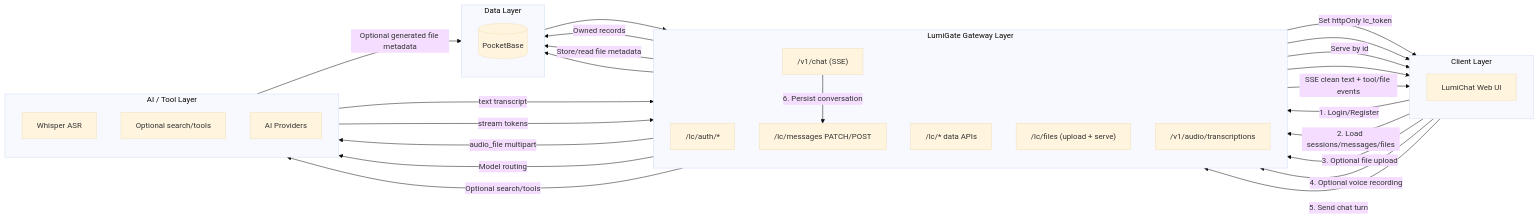
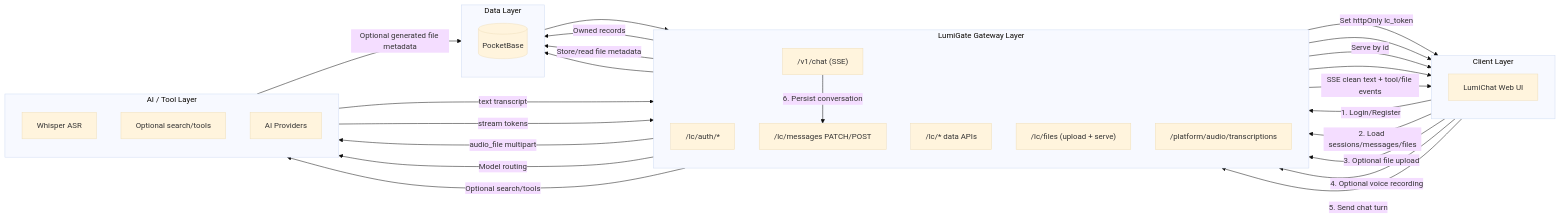
One commit to richardhxwang/lumigate changed the first of 2 diagrams in README.md. Above: the diagram before and after it, drawn with Mermaid (base theme). The commit also changed other lines of this file and 171 other files, not shown here.

````diff
--- a/README.md
+++ b/README.md
@@ -61,56 +100,56 @@
 ```mermaid
 flowchart LR
     subgraph Client["Client Layer"]
       direction TB
       U[LumiChat Web UI]
     end
 
     subgraph Gateway["LumiGate Gateway Layer"]
       direction TB
       A1["/lc/auth/*"]
       L1["/lc/* data APIs"]
       F1["/lc/files (upload + serve)"]
-      V1["/v1/audio/transcriptions"]
+      V1["/platform/audio/transcriptions"]
       C1["/v1/chat (SSE)"]
       M1["/lc/messages PATCH/POST"]
     end
 
     subgraph Data["Data Layer"]
       direction TB
       PB[(PocketBase)]
     end
 
     subgraph AI["AI / Tool Layer"]
       direction TB
       W[Whisper ASR]
       ST[Optional search/tools]
       P[AI Providers]
     end
 
     U -->|1. Login/Register| A1
     A1 -->|Set httpOnly lc_token| U
 
     U -->|2. Load sessions/messages/files| L1
     L1 -->|Owned records| PB
     PB --> L1
     L1 --> U
 
     U -->|3. Optional file upload| F1
     F1 -->|Store/read file metadata| PB
     F1 -->|Serve by id| U
 
     U -->|4. Optional voice recording| V1
     V1 -->|audio_file multipart| W
     W -->|text transcript| V1
     V1 --> U
 
     U -->|5. Send chat turn| C1
     C1 -->|Model routing| P
     C1 -->|Optional search/tools| ST
     ST -->|Optional generated file metadata| PB
     P -->|stream tokens| C1
     C1 -->|SSE clean text + tool/file events| U
 
     C1 -->|6. Persist conversation| M1
     M1 --> PB
 ```
````
